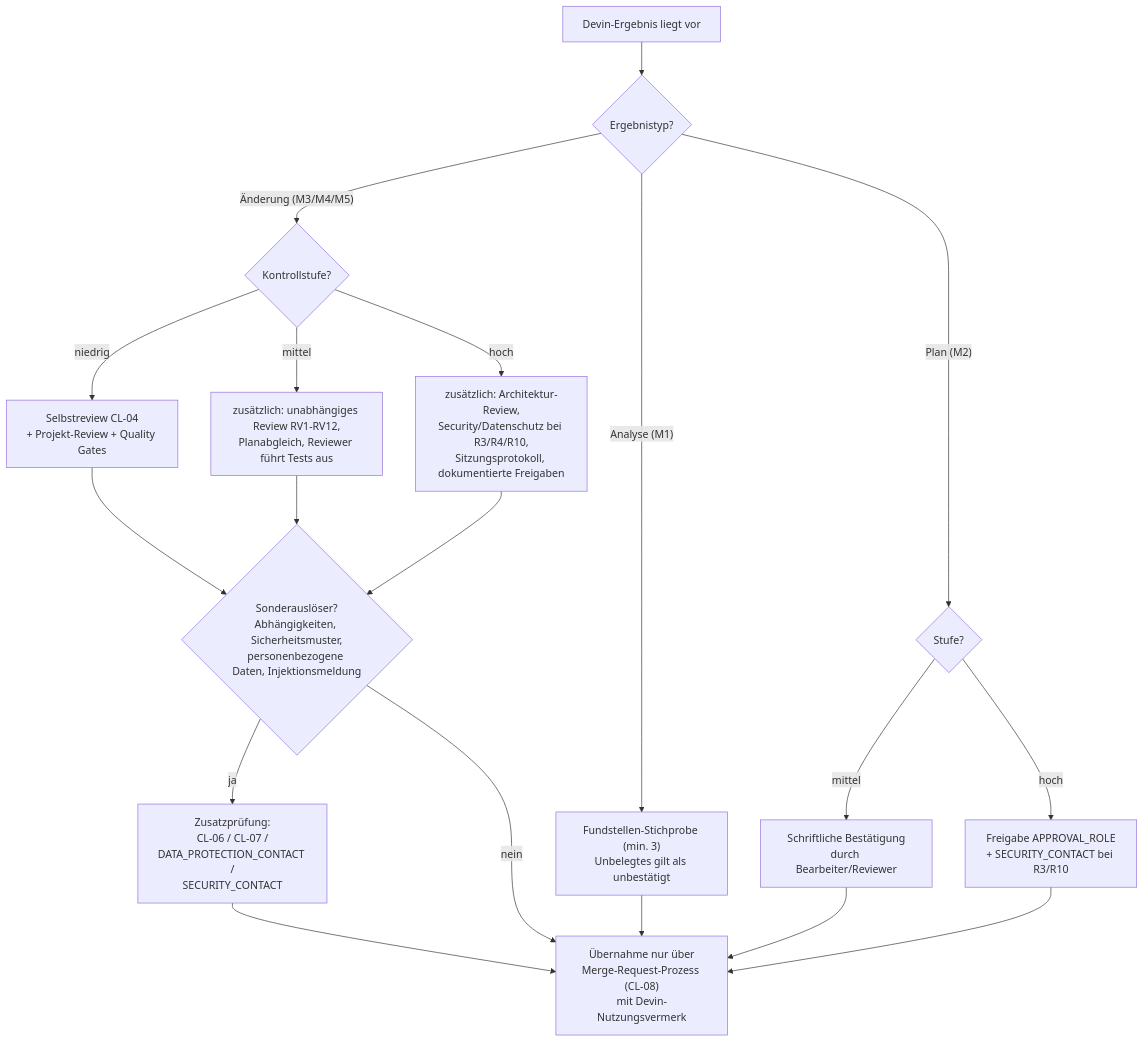
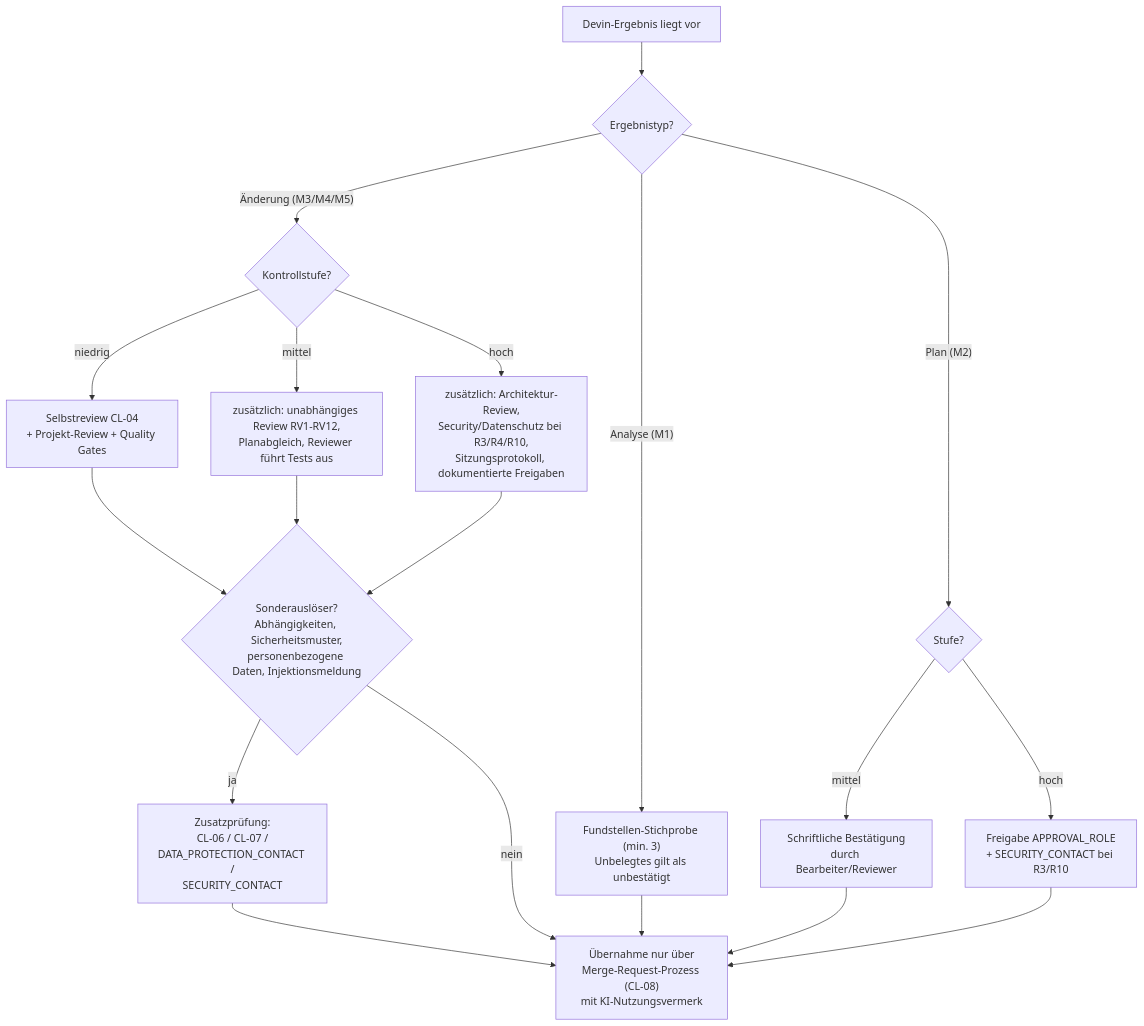
One commit to Renoxar/koolie changed the diagram in leitwerk-core/decision-trees/04-required-review.md. Above: the diagram before and after it, drawn with Mermaid. The commit also changed other lines of this file and 85 other files, not shown here.

````diff
--- a/leitwerk-core/decision-trees/04-required-review.md
+++ b/leitwerk-core/decision-trees/04-required-review.md
@@ -25,20 +25,20 @@
 ```mermaid
 flowchart TD
     A["Devin-Ergebnis liegt vor"] --> B{"Ergebnistyp?"}
     B -- "Analyse (M1)" --> C["Fundstellen-Stichprobe (min. 3)<br/>Unbelegtes gilt als unbestätigt"]
     B -- "Plan (M2)" --> D{"Stufe?"}
     D -- "mittel" --> D1["Schriftliche Bestätigung<br/>durch Bearbeiter/Reviewer"]
     D -- "hoch" --> D2["Freigabe APPROVAL_ROLE<br/>+ SECURITY_CONTACT bei R3/R10"]
     B -- "Änderung (M3/M4/M5)" --> E{"Kontrollstufe?"}
     E -- "niedrig" --> F["Selbstreview CL-04<br/>+ Projekt-Review + Quality Gates"]
     E -- "mittel" --> G["zusätzlich: unabhängiges Review RV1-RV12,<br/>Planabgleich, Reviewer führt Tests aus"]
     E -- "hoch" --> H["zusätzlich: Architektur-Review,<br/>Security/Datenschutz bei R3/R4/R10,<br/>Sitzungsprotokoll, dokumentierte Freigaben"]
     F --> I{"Sonderauslöser?<br/>Abhängigkeiten, Sicherheitsmuster,<br/>personenbezogene Daten, Injektionsmeldung"}
     G --> I
     H --> I
     I -- "ja" --> J["Zusatzprüfung:<br/>CL-06 / CL-07 /<br/>DATA_PROTECTION_CONTACT /<br/>SECURITY_CONTACT"] --> K
-    I -- "nein" --> K["Übernahme nur über<br/>Merge-Request-Prozess (CL-08)<br/>mit Devin-Nutzungsvermerk"]
+    I -- "nein" --> K["Übernahme nur über<br/>Merge-Request-Prozess (CL-08)<br/>mit KI-Nutzungsvermerk"]
     C --> K
     D1 --> K
     D2 --> K
 ```
````
